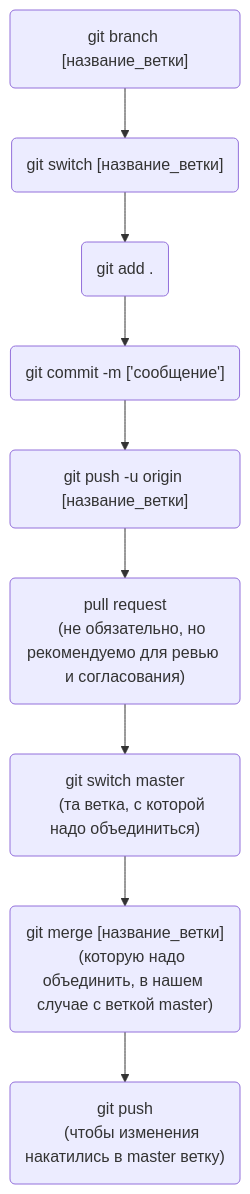
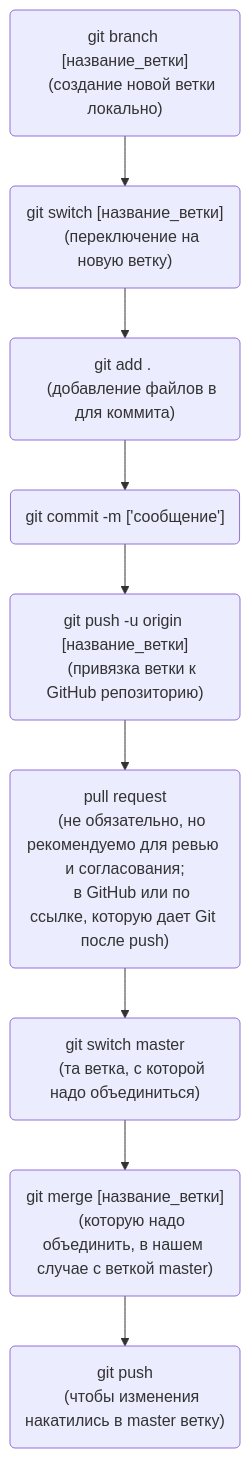
The second of 2 diagrams in readme.md (Simonov20/first-project), drawn with Mermaid before and after one commit. The commit also changed other lines of this file, not shown here.

Commit message:
Информация про git pull

````diff
--- a/readme.md
+++ b/readme.md
@@ -153,16 +153,21 @@
 ```mermaid
 flowchart TD;
-    v1("git branch [название_ветки]") --> 
-    v2("git switch [название_ветки]") -->
-    v3("git add .") -->
+    v1("git branch [название_ветки]
+    (создание новой ветки локально)") --> 
+    v2("git switch [название_ветки]
+    (переключение на новую ветку)") -->
+    v3("git add . 
+    (добавление файлов в для коммита)") -->
     v4("git commit -m ['сообщение']") -->
-    v5("git push -u origin [название_ветки]") -->
+    v5("git push -u origin [название_ветки]
+    (привязка ветки к GitHub репозиторию)") -->
     v6("pull request
-    (не обязательно, но рекомендуемо для ревью и согласования)") -->
+    (не обязательно, но рекомендуемо для ревью и согласования;
+    в GitHub или по ссылке, которую дает Git после push)") -->
     v7("git switch master
     (та ветка, с которой надо объединиться)") -->
     v8("git merge [название_ветки]
     (которую надо объединить, в нашем случае с веткой master)") -->
     v9("git push
     (чтобы изменения накатились в master ветку)");
 ```
````
